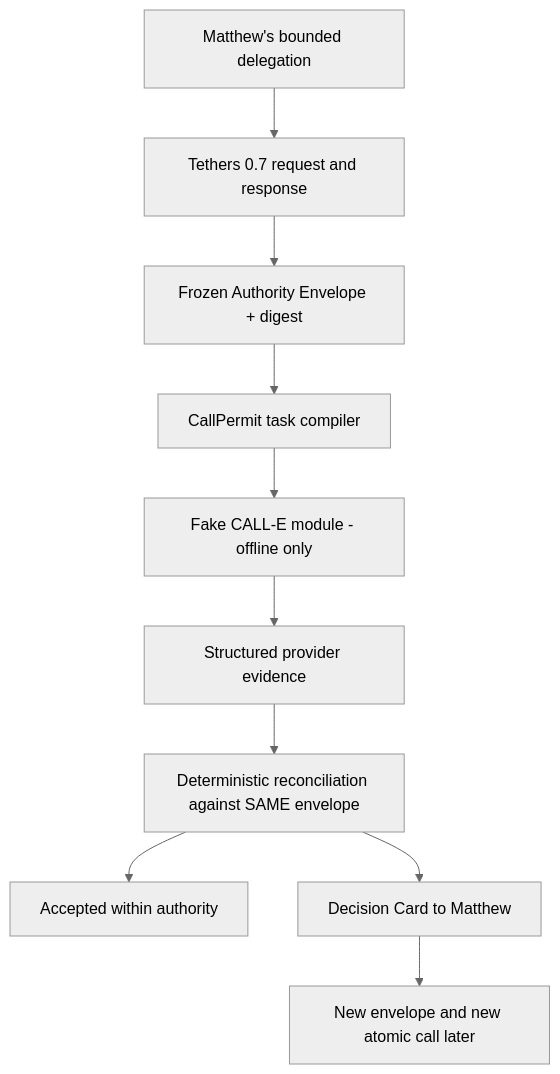
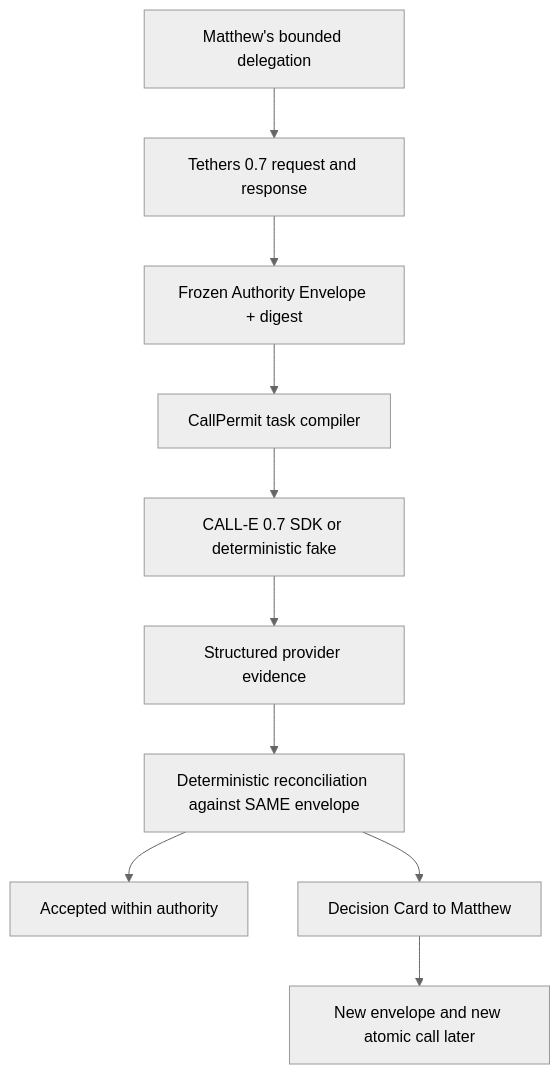
Before and after one commit to matthewjameswatkins1978-cyber/tethers-lang: the diagram in hackathons/callpermit/docs/ARCHITECTURE.md, drawn with Mermaid (neutral theme). The commit also changed other lines of this file and 14 other files, not shown here.

````diff
--- a/hackathons/callpermit/docs/ARCHITECTURE.md
+++ b/hackathons/callpermit/docs/ARCHITECTURE.md
@@ -3,12 +3,12 @@
 ```mermaid
 flowchart TD
   U[Matthew's bounded delegation] --> T[Tethers 0.7 request and response]
   T --> E[Frozen Authority Envelope + digest]
   E --> C[CallPermit task compiler]
-  C --> F[Fake CALL-E module - offline only]
+  C --> F[CALL-E 0.7 SDK or deterministic fake]
   F --> R[Structured provider evidence]
   R --> X[Deterministic reconciliation against SAME envelope]
   X --> A[Accepted within authority]
   X --> D[Decision Card to Matthew]
   D --> N[New envelope and new atomic call later]
 ```
````
